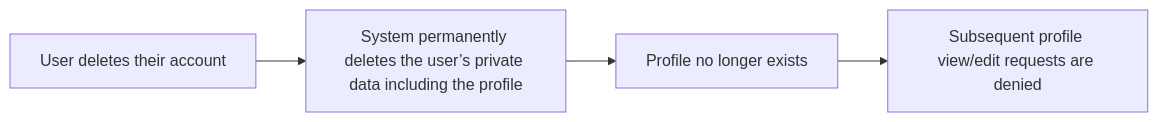
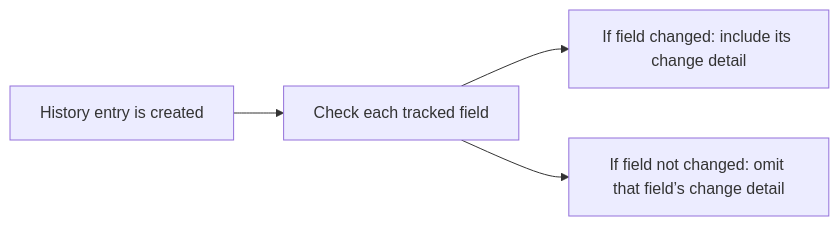
One commit to wrtnlabs/autobe-examples changed the eighth of 21 diagrams in openai/gpt-5.4-nano/todo/docs/analysis/03-functional-requirements.md. Above: the diagram before and after it, drawn with Mermaid. The commit also changed other lines of this file and 32093 other files, not shown here.

````diff
--- a/openai/gpt-5.4-nano/todo/docs/analysis/03-functional-requirements.md
+++ b/openai/gpt-5.4-nano/todo/docs/analysis/03-functional-requirements.md
@@ -176,6 +339,6 @@
 ```mermaid
 flowchart LR
-    A["User deletes their account"] --> B["System permanently deletes the user’s private data including the profile"]
-    B --> C["Profile no longer exists"]
-    C --> D["Subsequent profile view/edit requests are denied"]
+    A["History entry is created"] --> B["Check each tracked field"]
+    B --> C["If field changed: include its change detail"]
+    B --> D["If field not changed: omit that field’s change detail"]
 ```
````
